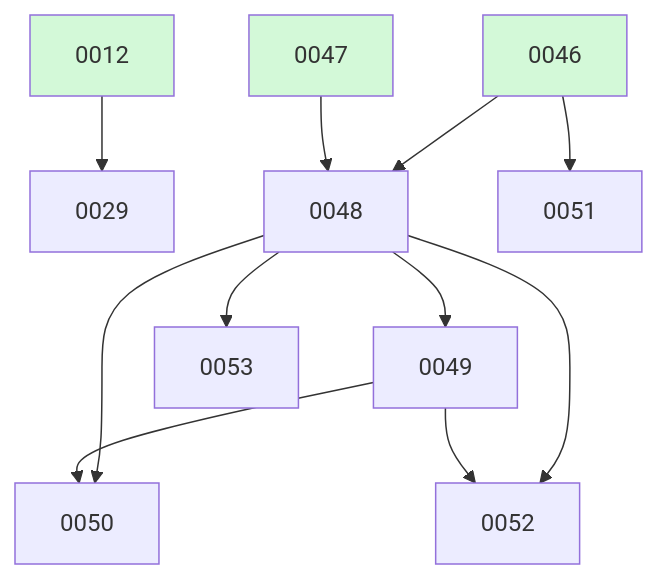
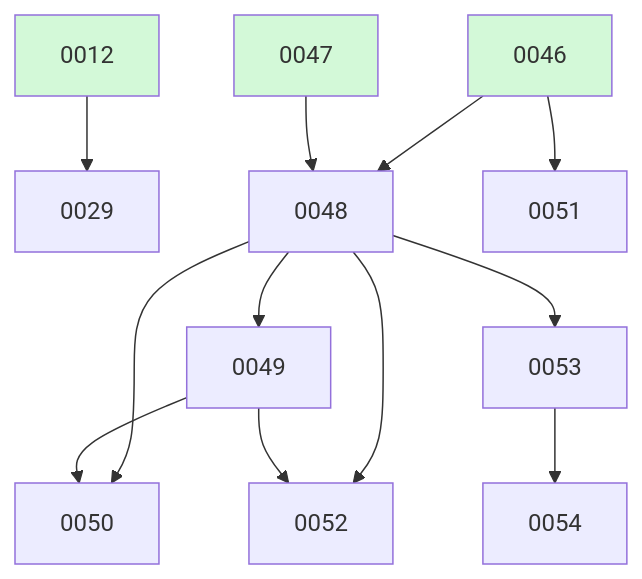
One commit to ethanhinson/fuse changed the diagram in docs/changes/BOARD.md. Above: the diagram before and after it, drawn with Mermaid. The commit also changed other lines of this file, not shown here.

````diff
--- a/docs/changes/BOARD.md
+++ b/docs/changes/BOARD.md
@@ -27,17 +28,18 @@
 ```mermaid
 graph TD
   0012 --> 0029
   0046 --> 0048
   0047 --> 0048
   0048 --> 0049
   0048 --> 0050
   0049 --> 0050
   0046 --> 0051
   0048 --> 0052
   0049 --> 0052
   0048 --> 0053
+  0053 --> 0054
   0012:::done
   0046:::done
   0047:::done
   classDef done fill:#d3f9d8;
 ```
````
